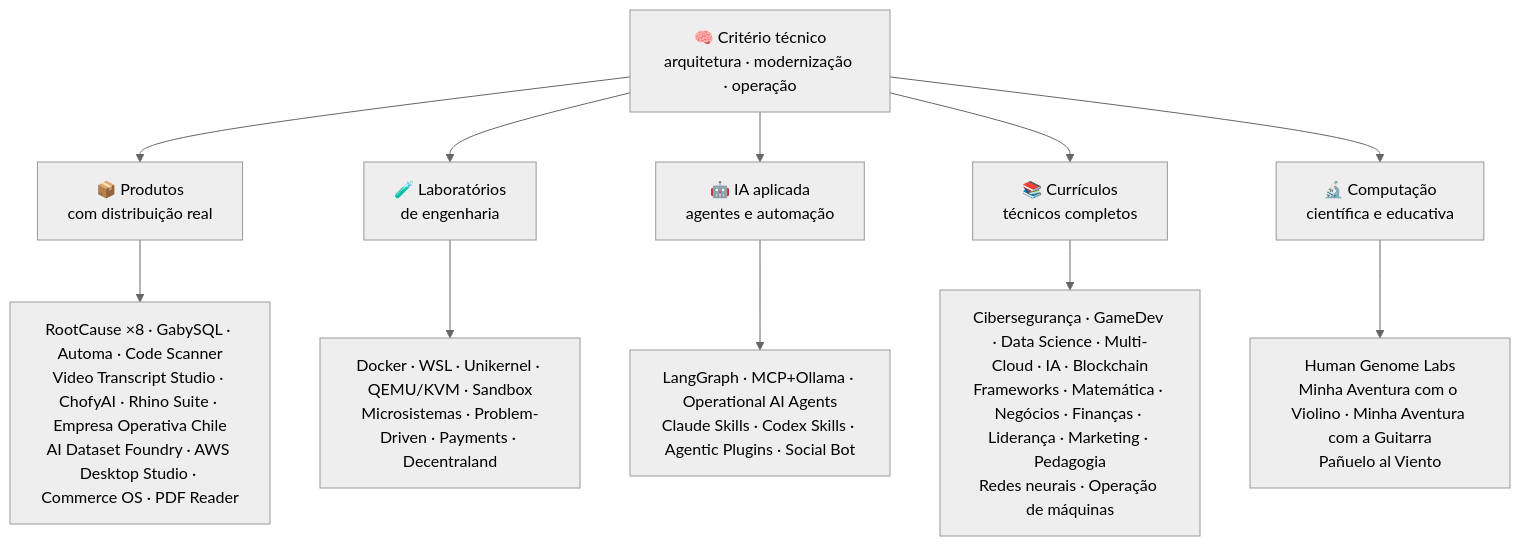
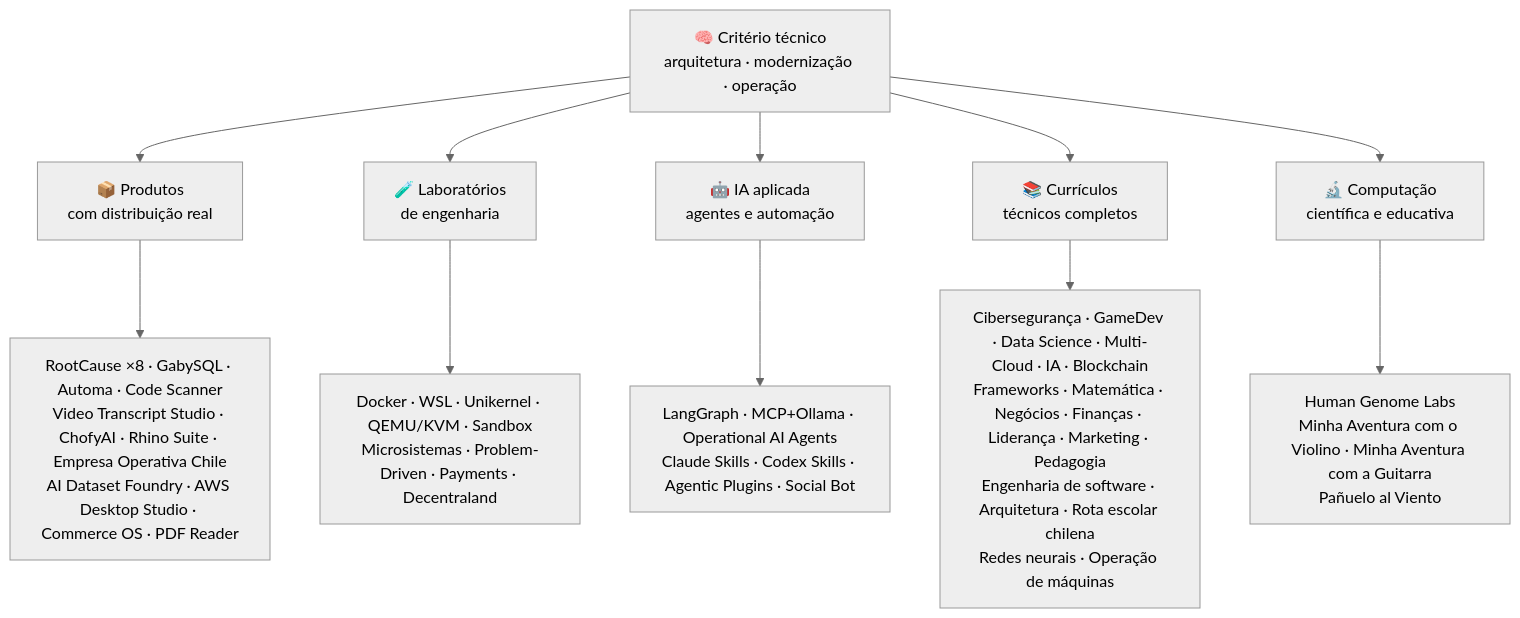
One commit to vladimiracunadev-create/vladimiracunadev-create changed the diagram in README.pt.md. Above: the diagram before and after it, drawn with Mermaid (neutral theme). The commit also changed other lines of this file and 24 other files, not shown here.

````diff
--- a/README.pt.md
+++ b/README.pt.md
@@ -76,14 +76,14 @@
 ```mermaid
 flowchart TD
     A["🧠 Critério técnico<br/>arquitetura · modernização · operação"] --> B["📦 Produtos<br/>com distribuição real"]
     A --> C["🧪 Laboratórios<br/>de engenharia"]
     A --> D["🤖 IA aplicada<br/>agentes e automação"]
     A --> E["📚 Currículos<br/>técnicos completos"]
     A --> F["🔬 Computação<br/>científica e educativa"]
 
     B --> B1["RootCause ×8 · GabySQL · Automa · Code Scanner<br/>Video Transcript Studio · ChofyAI · Rhino Suite · Empresa Operativa Chile<br/>AI Dataset Foundry · AWS Desktop Studio · Commerce OS · PDF Reader"]
     C --> C1["Docker · WSL · Unikernel · QEMU/KVM · Sandbox<br/>Microsistemas · Problem-Driven · Payments · Decentraland"]
     D --> D1["LangGraph · MCP+Ollama · Operational AI Agents<br/>Claude Skills · Codex Skills · Agentic Plugins · Social Bot"]
-    E --> E1["Cibersegurança · GameDev · Data Science · Multi-Cloud · IA · Blockchain<br/>Frameworks · Matemática · Negócios · Finanças · Liderança · Marketing · Pedagogia<br/>Redes neurais · Operação de máquinas"]
+    E --> E1["Cibersegurança · GameDev · Data Science · Multi-Cloud · IA · Blockchain<br/>Frameworks · Matemática · Negócios · Finanças · Liderança · Marketing · Pedagogia<br/>Engenharia de software · Arquitetura · Rota escolar chilena<br/>Redes neurais · Operação de máquinas"]
     F --> F1["Human Genome Labs<br/>Minha Aventura com o Violino · Minha Aventura com a Guitarra<br/>Pañuelo al Viento"]
 ```
````
